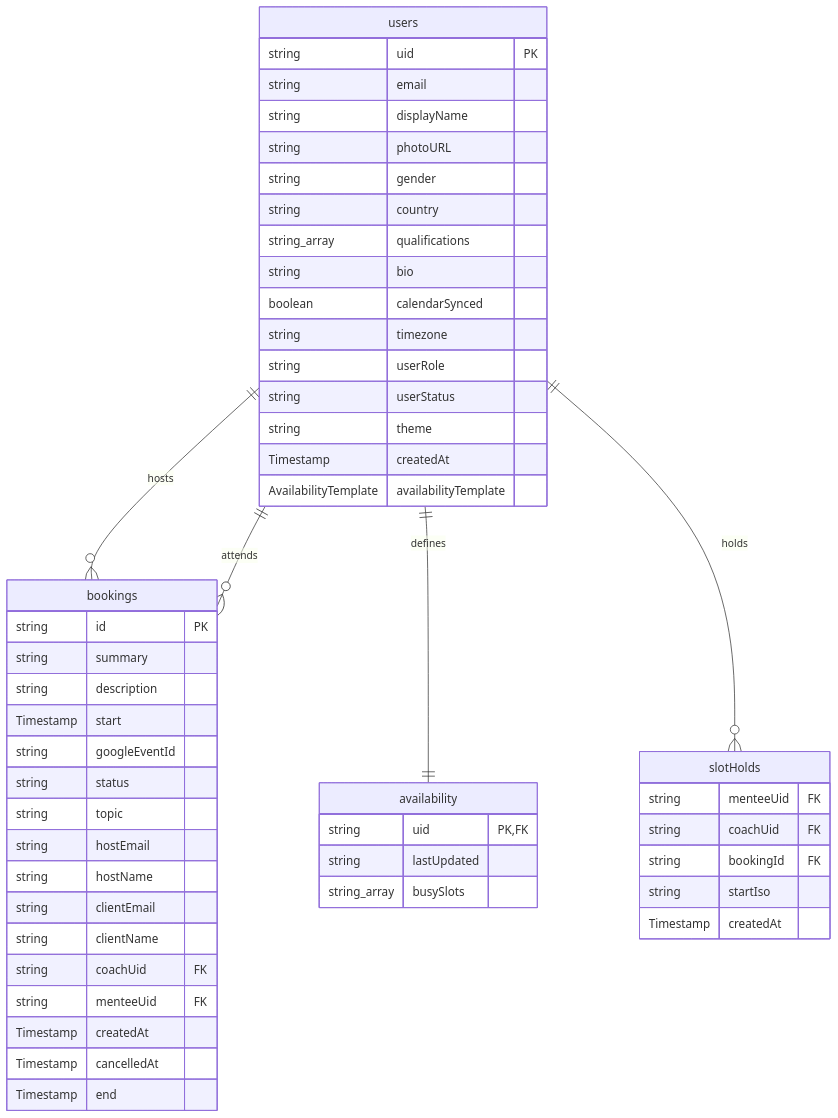
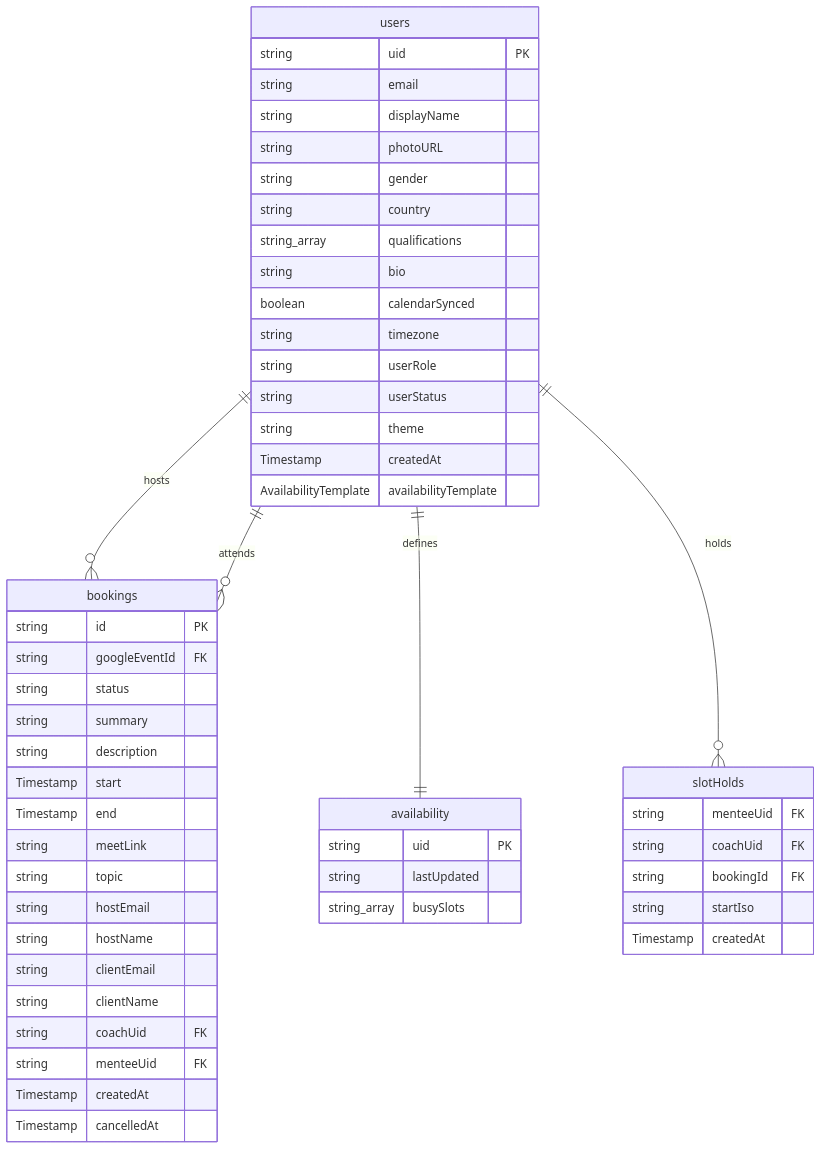
The diagram in docs/schema-erd.md (premkumar-masilamani/peer-coaching-network), drawn with Mermaid before and after one commit. The commit also changed 1 other file, not shown here.

Commit message:
feat: implement dynamic collection and schema inference for ERD generator

````diff
--- a/docs/schema-erd.md
+++ b/docs/schema-erd.md
@@ -10,58 +10,59 @@
 ```mermaid
 erDiagram
     users ||--o{ bookings : "hosts"
     users ||--o{ bookings : "attends"
     users ||--|| availability : "defines"
     users ||--o{ slotHolds : "holds"
 
     users {
         string uid PK
         string email
         string displayName
         string photoURL
         string gender
         string country
         string_array qualifications
         string bio
         boolean calendarSynced
         string timezone
         string userRole
         string userStatus
         string theme
         Timestamp createdAt
         AvailabilityTemplate availabilityTemplate
     }
 
     bookings {
         string id PK
+        string googleEventId FK
+        string status
         string summary
         string description
         Timestamp start
-        string googleEventId
-        string status
+        Timestamp end
+        string meetLink
         string topic
         string hostEmail
         string hostName
         string clientEmail
         string clientName
         string coachUid FK
         string menteeUid FK
         Timestamp createdAt
         Timestamp cancelledAt
-        Timestamp end
+    }
+
+    availability {
+        string uid PK
+        string lastUpdated
+        string_array busySlots
     }
 
     slotHolds {
         string menteeUid FK
         string coachUid FK
         string bookingId FK
         string startIso
         Timestamp createdAt
     }
-
-    availability {
-        string uid PK, FK
-        string lastUpdated
-        string_array busySlots
-    }
 ```
````
